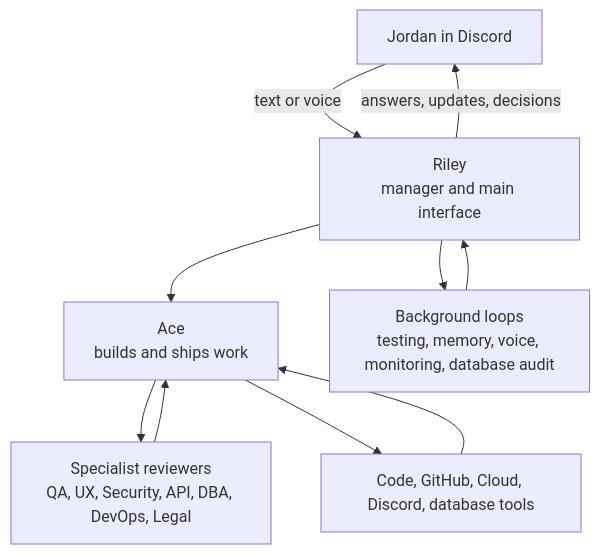
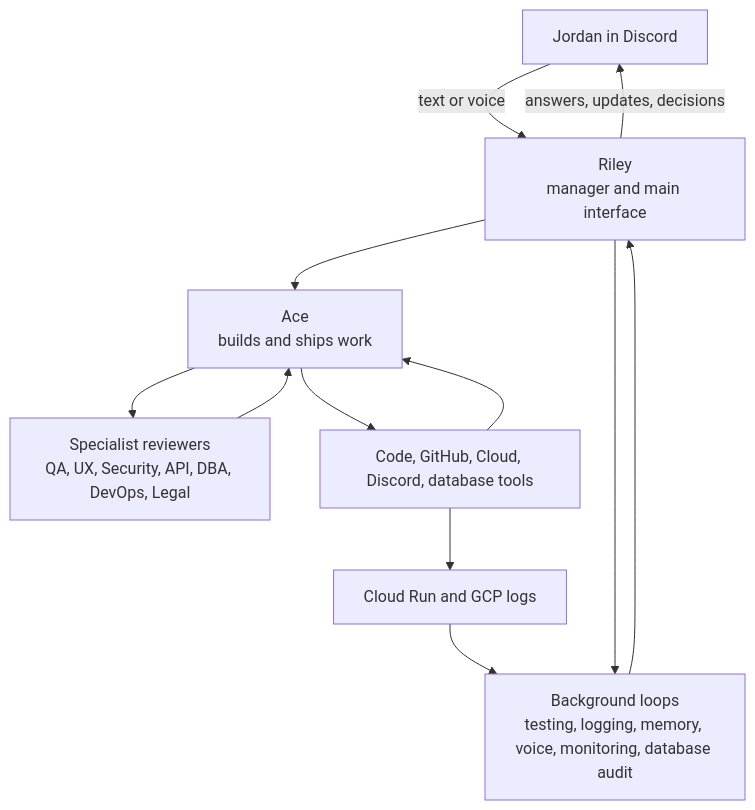
The diagram in README.md (jflessenkemper/ASAP-discord), drawn with Mermaid before and after one commit. The commit also changed other lines of this file and 8 other files, not shown here.

````diff
--- a/README.md
+++ b/README.md
@@ -33,19 +33,22 @@
 ```mermaid
 flowchart TD
     User[Jordan in Discord]
     Riley[Riley<br/>manager and main interface]
     Ace[Ace<br/>builds and ships work]
     Specialists[Specialist reviewers<br/>QA, UX, Security, API, DBA, DevOps, Legal]
-    Loops[Background loops<br/>testing, memory, voice, monitoring, database audit]
+    Loops[Background loops<br/>testing, logging, memory, voice, monitoring, database audit]
     Tools[Code, GitHub, Cloud, Discord, database tools]
+    CloudLogs[Cloud Run and GCP logs]
 
     User -->|text or voice| Riley
     Riley --> Ace
     Ace --> Specialists
     Specialists --> Ace
     Ace --> Tools
     Tools --> Ace
+    Tools --> CloudLogs
+    CloudLogs --> Loops
     Riley --> Loops
     Loops --> Riley
     Riley -->|answers, updates, decisions| User
 ```
````
